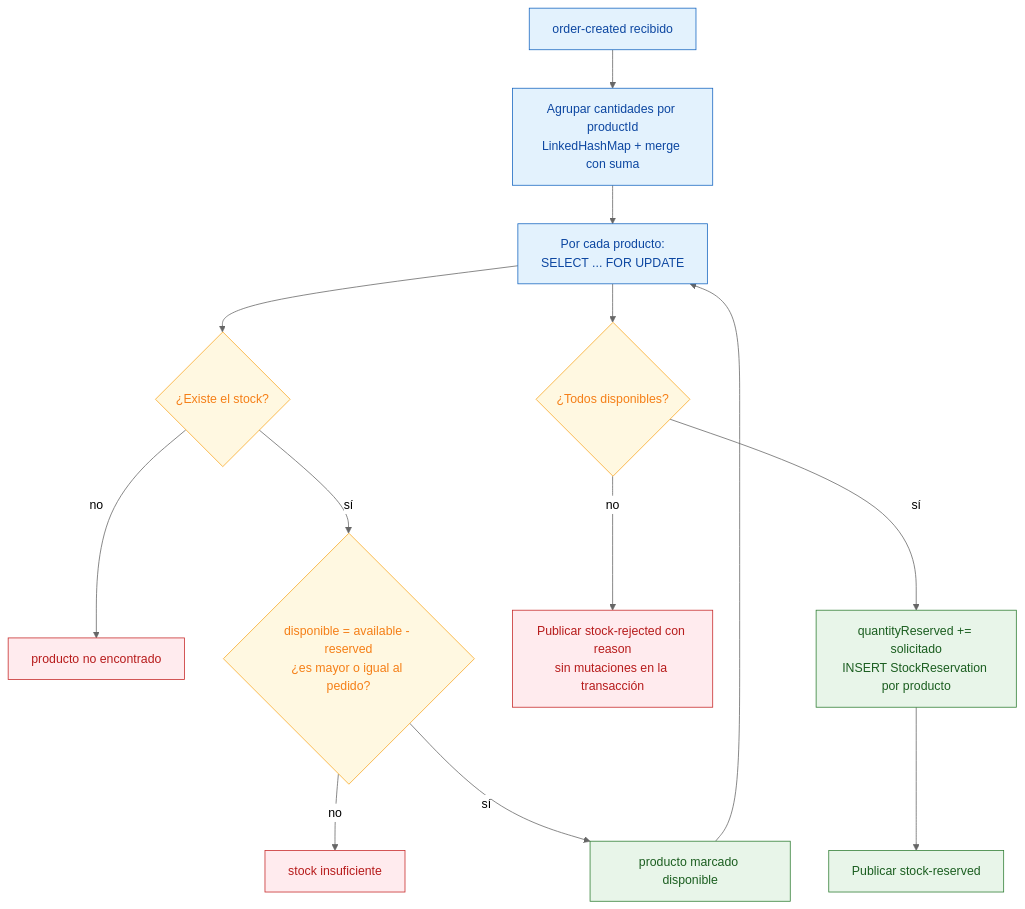
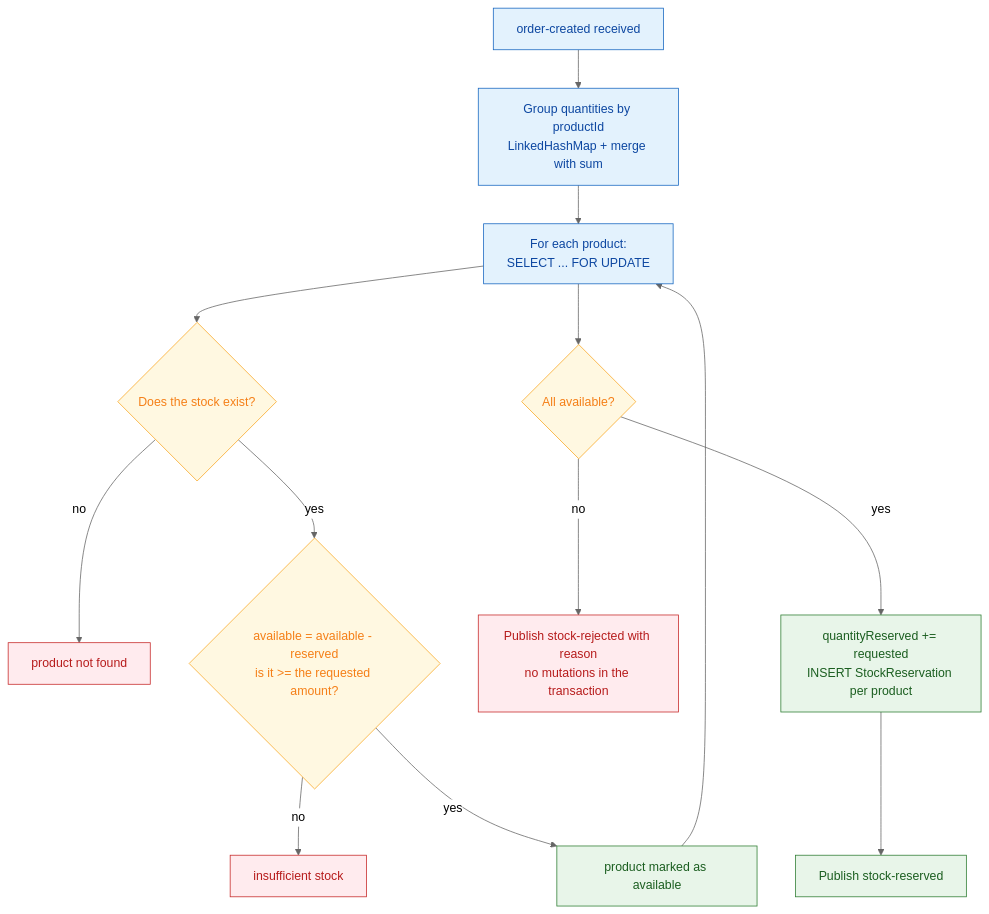
One commit to carlosgarcia-tech/order-flow changed diagram 13 of 31 in README.md. Above: the diagram before and after it, drawn with Mermaid (neutral theme). The commit also changed other lines of this file, not shown here.

````diff
--- a/README.md
+++ b/README.md
@@ -581,20 +581,20 @@
 ```mermaid
 flowchart TD
     classDef in fill:#e3f2fd,stroke:#1565c0,color:#0d47a1
     classDef dec fill:#fff8e1,stroke:#f9a825,color:#f57f17
     classDef ok fill:#e8f5e9,stroke:#2e7d32,color:#1b5e20
     classDef ko fill:#ffebee,stroke:#c62828,color:#b71c1c
 
-    A["order-created recibido"]:::in --> B["Agrupar cantidades por productId<br/>LinkedHashMap + merge con suma"]:::in
-    B --> C["Por cada producto:<br/>SELECT ... FOR UPDATE"]:::in
-    C --> D{"¿Existe el stock?"}:::dec
-    D -->|"no"| R1["producto no encontrado"]:::ko
-    D -->|"sí"| E{"disponible = available - reserved<br/>¿es mayor o igual al pedido?"}:::dec
-    E -->|"no"| R2["stock insuficiente"]:::ko
-    E -->|"sí"| F["producto marcado disponible"]:::ok
+    A["order-created received"]:::in --> B["Group quantities by productId<br/>LinkedHashMap + merge with sum"]:::in
+    B --> C["For each product:<br/>SELECT ... FOR UPDATE"]:::in
+    C --> D{"Does the stock exist?"}:::dec
+    D -->|"no"| R1["product not found"]:::ko
+    D -->|"yes"| E{"available = available - reserved<br/>is it >= the requested amount?"}:::dec
+    E -->|"no"| R2["insufficient stock"]:::ko
+    E -->|"yes"| F["product marked as available"]:::ok
     F --> C
-    C --> G{"¿Todos disponibles?"}:::dec
-    G -->|"no"| REJ["Publicar stock-rejected con reason<br/>sin mutaciones en la transacción"]:::ko
-    G -->|"sí"| H["quantityReserved += solicitado<br/>INSERT StockReservation por producto"]:::ok
-    H --> I["Publicar stock-reserved"]:::ok
+    C --> G{"All available?"}:::dec
+    G -->|"no"| REJ["Publish stock-rejected with reason<br/>no mutations in the transaction"]:::ko
+    G -->|"yes"| H["quantityReserved += requested<br/>INSERT StockReservation per product"]:::ok
+    H --> I["Publish stock-reserved"]:::ok
 ```
````
